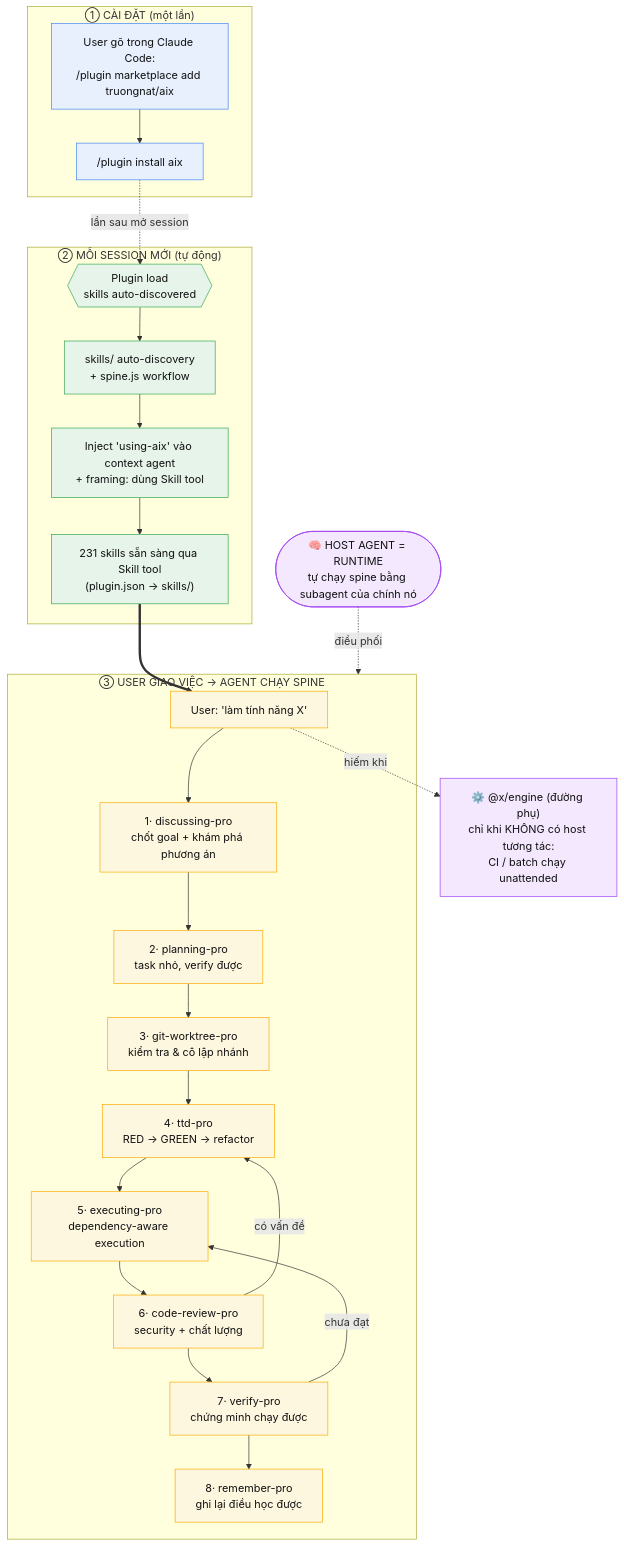
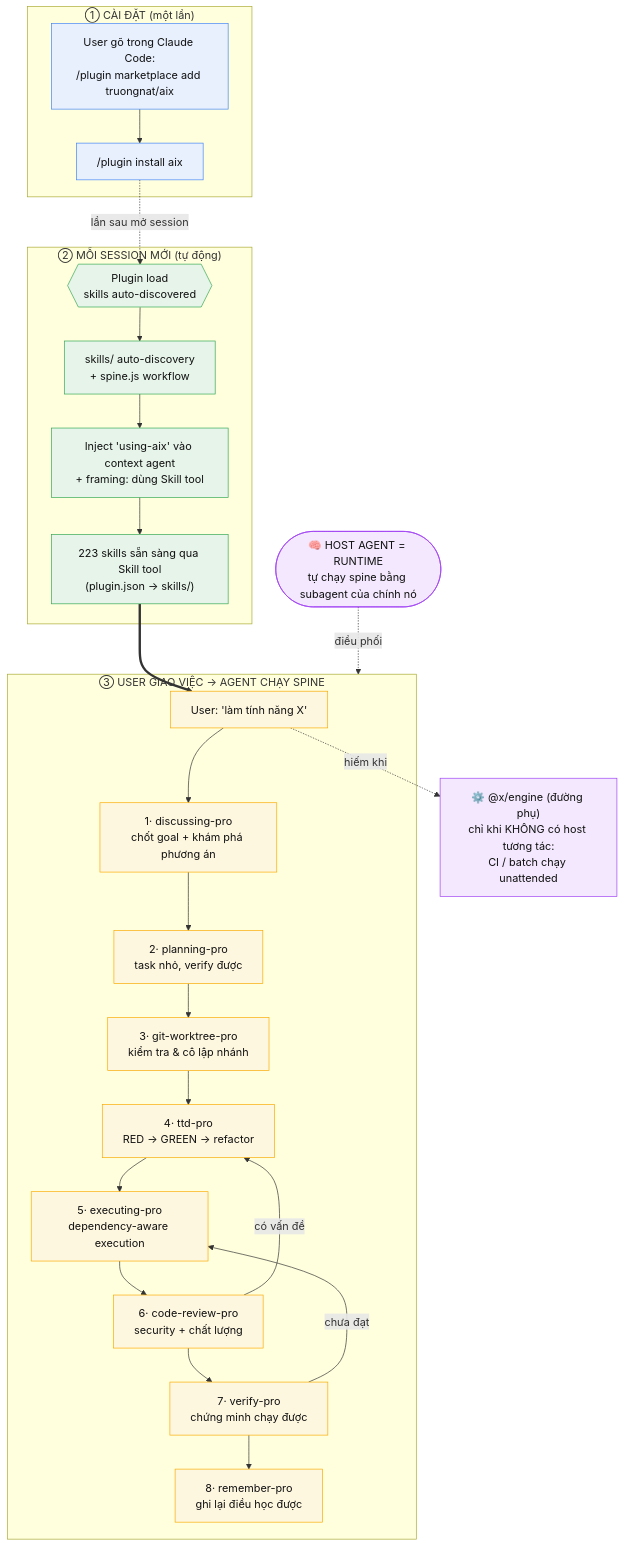
The diagram in docs/user-journey.md (truongnat/aix), drawn with Mermaid before and after one commit. The commit also changed other lines of this file and 6 other files, not shown here.

Commit message:
docs: 0.3.0 changelog, 223-skill counts, skills.sh.json full coverage (9 groups), skills-release.json rehash

````diff
--- a/docs/user-journey.md
+++ b/docs/user-journey.md
@@ -16,50 +16,50 @@
 ```mermaid
 flowchart TD
     subgraph SETUP["①  CÀI ĐẶT (một lần)"]
         A1["User gõ trong Claude Code:<br/>/plugin marketplace add truongnat/aix"]
         A2["/plugin install aix"]
         A1 --> A2
     end
 
     subgraph START["②  MỖI SESSION MỚI (tự động)"]
         B1{{"Plugin load<br/>skills auto-discovered"}}
         B2["skills/ auto-discovery<br/>+ spine.js workflow"]
         B3["Inject 'using-aix' vào context agent<br/>+ framing: dùng Skill tool"]
-        B4["231 skills sẵn sàng qua Skill tool<br/>(plugin.json → skills/)"]
+        B4["223 skills sẵn sàng qua Skill tool<br/>(plugin.json → skills/)"]
         B1 --> B2 --> B3 --> B4
     end
 
     subgraph WORK["③  USER GIAO VIỆC → AGENT CHẠY SPINE"]
         C0["User: 'làm tính năng X'"]
         C1["1· discussing-pro<br/>chốt goal + khám phá phương án"]
         C2["2· planning-pro<br/>task nhỏ, verify được"]
         C3["3· git-worktree-pro<br/>kiểm tra & cô lập nhánh"]
         C4["4· ttd-pro<br/>RED → GREEN → refactor"]
         C5["5· executing-pro<br/>dependency-aware execution"]
         C6["6· code-review-pro<br/>security + chất lượng"]
         C7["7· verify-pro<br/>chứng minh chạy được"]
         C8["8· remember-pro<br/>ghi lại điều học được"]
         C0 --> C1 --> C2 --> C3 --> C4 --> C5 --> C6 --> C7 --> C8
     end
 
     A2 -.->|"lần sau mở session"| B1
     B4 ==> C0
 
     C6 -->|"có vấn đề"| C4
     C7 -->|"chưa đạt"| C5
 
     HOST(["🧠 HOST AGENT = RUNTIME<br/>tự chạy spine bằng subagent của chính nó"])
     HOST -.->|"điều phối"| WORK
 
     AUX["⚙️ @x/engine (đường phụ)<br/>chỉ khi KHÔNG có host tương tác:<br/>CI / batch chạy unattended"]
     C0 -.->|"hiếm khi"| AUX
 
     classDef setup fill:#e8f0fe,stroke:#4285f4,color:#111
     classDef start fill:#e6f4ea,stroke:#34a853,color:#111
     classDef spine fill:#fef7e0,stroke:#f9ab00,color:#111
     classDef aux fill:#f3e8fd,stroke:#a142f4,color:#111
     class A1,A2 setup
     class B1,B2,B3,B4 start
     class C0,C1,C2,C3,C4,C5,C6,C7,C8,C9 spine
     class AUX,HOST aux
 ```
````
